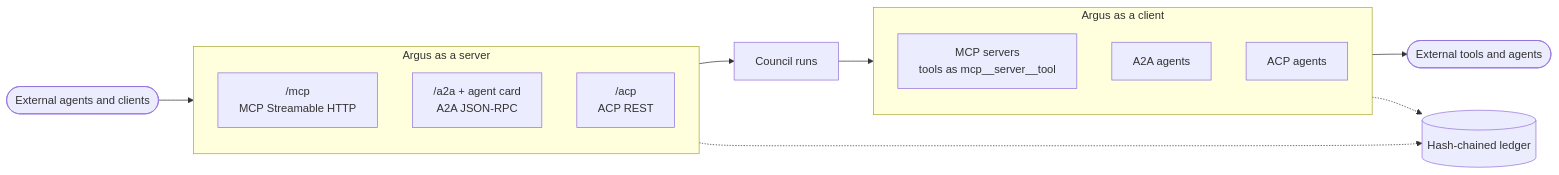
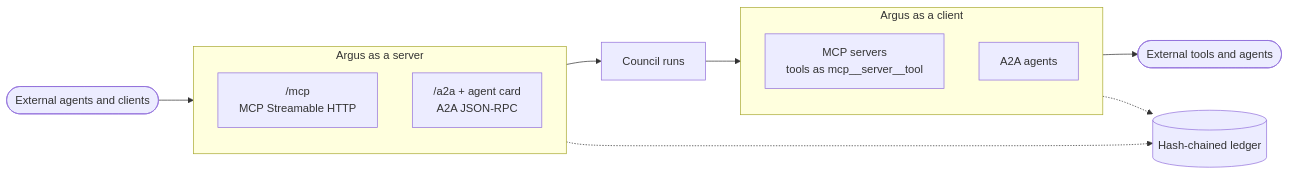
Before and after one commit to lordprime/Argus-Council: the first of 2 diagrams in docs/protocols.md, drawn with Mermaid. The commit also changed other lines of this file and 14 other files, not shown here.

Commit message:
Docs: ACP removed; connect remote agents over A2A

````diff
--- a/docs/protocols.md
+++ b/docs/protocols.md
@@ -7,19 +7,17 @@
 ```mermaid
 flowchart LR
     subgraph inbound [Argus as a server]
         MCPs["/mcp<br/>MCP Streamable HTTP"]
         A2As["/a2a + agent card<br/>A2A JSON-RPC"]
-        ACPs["/acp<br/>ACP REST"]
     end
     subgraph outbound [Argus as a client]
         MCPc["MCP servers<br/>tools as mcp__server__tool"]
         A2Ac["A2A agents"]
-        ACPc["ACP agents"]
     end
     ext([External agents and clients]) --> inbound
     inbound --> R[Council runs]
     R --> outbound
     outbound --> peers([External tools and agents])
     inbound -.-> L[(Hash-chained ledger)]
     outbound -.-> L
 ```
````
